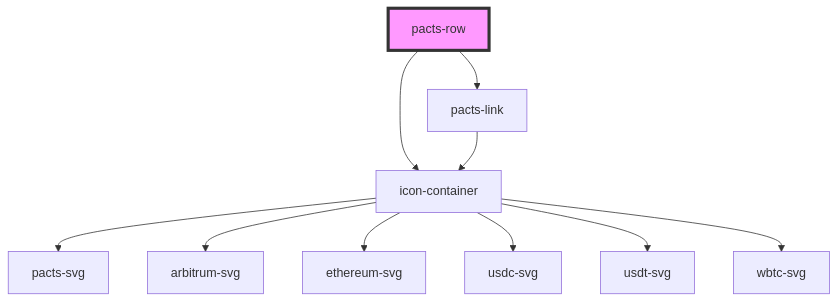
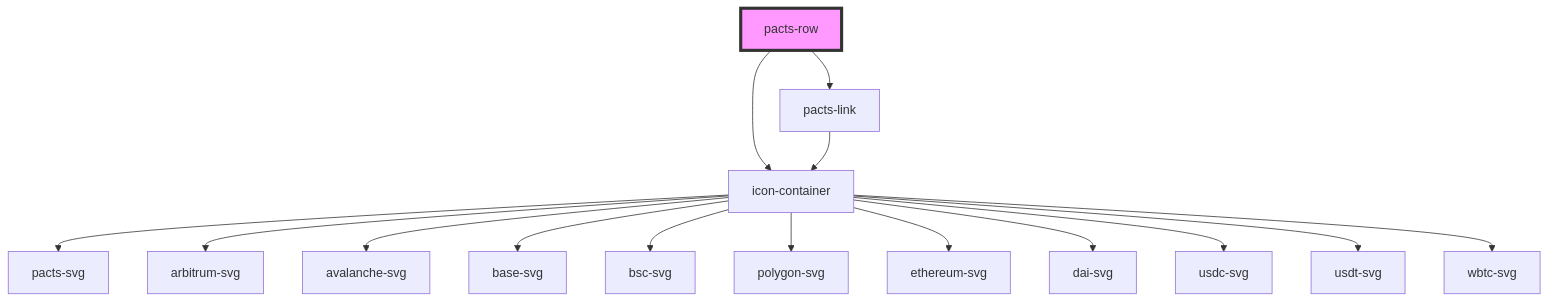
The diagram in packages/stencil-components/src/components/pacts-row/readme.md (PactsTech/pacts-components), drawn with Mermaid before and after one commit. The commit also changed 13 other files, not shown here.

````diff
--- a/packages/stencil-components/src/components/pacts-row/readme.md
+++ b/packages/stencil-components/src/components/pacts-row/readme.md
@@ -24,13 +24,18 @@
 ```mermaid
 graph TD;
   pacts-row --> icon-container
   pacts-row --> pacts-link
   icon-container --> pacts-svg
   icon-container --> arbitrum-svg
+  icon-container --> avalanche-svg
+  icon-container --> base-svg
+  icon-container --> bsc-svg
+  icon-container --> polygon-svg
   icon-container --> ethereum-svg
+  icon-container --> dai-svg
   icon-container --> usdc-svg
   icon-container --> usdt-svg
   icon-container --> wbtc-svg
   pacts-link --> icon-container
   style pacts-row fill:#f9f,stroke:#333,stroke-width:4px
 ```
````
